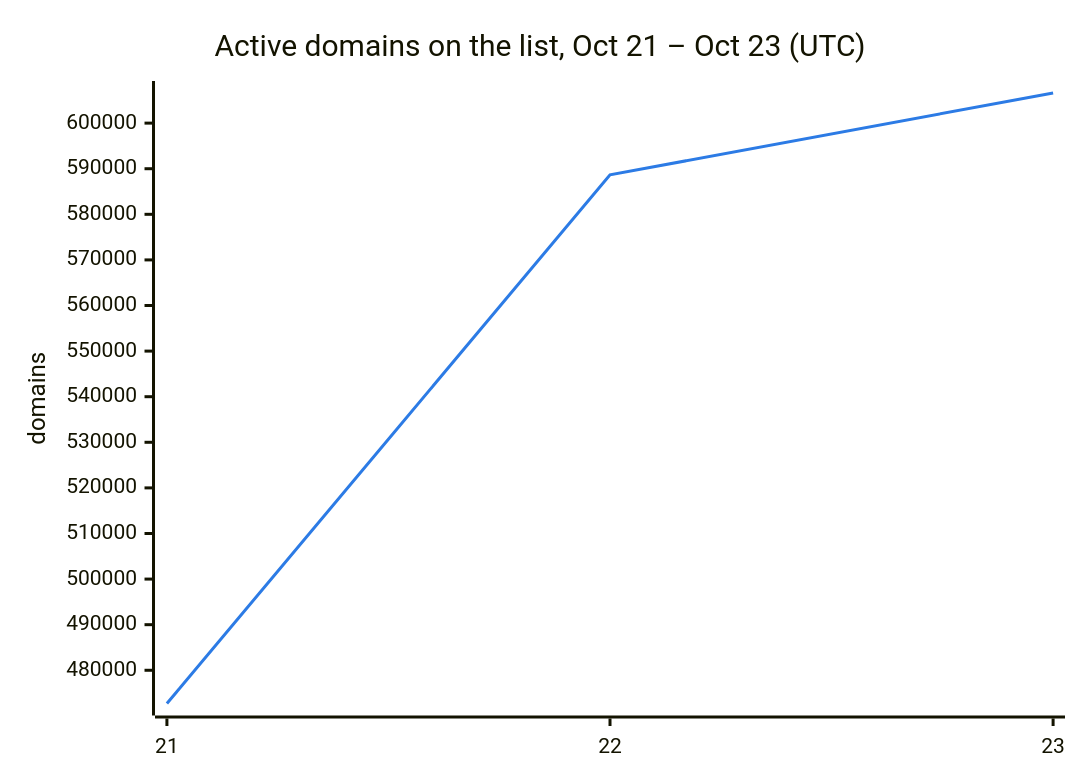
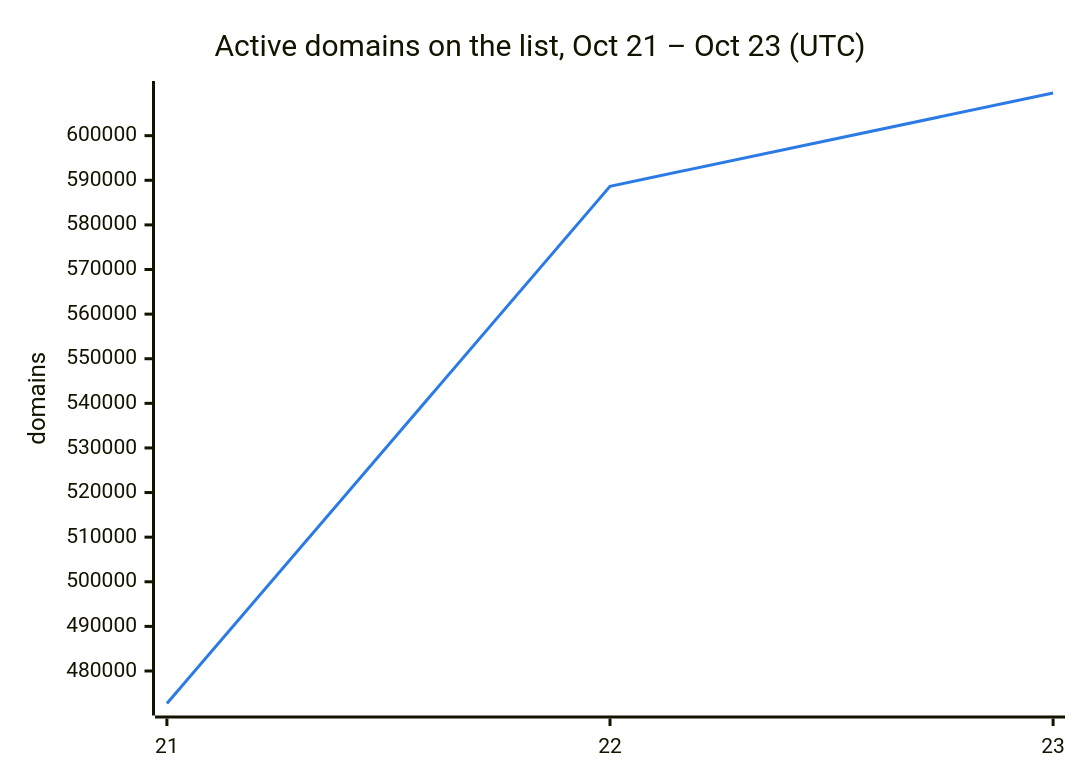
The second of 3 diagrams in README.md (DNSBunker/CTI), drawn with Mermaid before and after one commit. The commit also changed other lines of this file and 3 other files, not shown here.

````diff
--- a/README.md
+++ b/README.md
@@ -38,8 +38,8 @@
 ```mermaid
 %%{init: {"themeVariables": {"xyChart": {"plotColorPalette": "#2c7be5"}}}}%%
 xychart-beta
     title "Active domains on the list, Oct 21 – Oct 23 (UTC)"
     x-axis ["21", "22", "23"]
     y-axis "domains"
-    line [472713, 588659, 606606]
+    line [472713, 588659, 609568]
 ```
````
